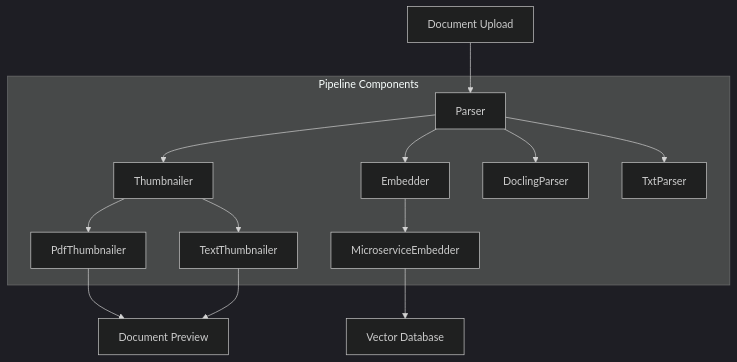
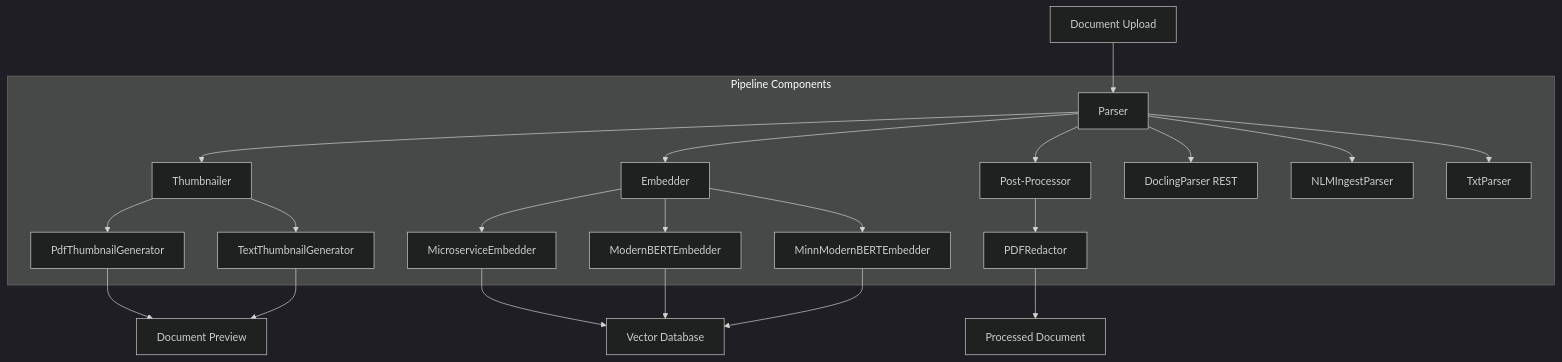
The diagram in docs/pipelines/pipeline_overview.md (baichuanping/OpenContracts), drawn with Mermaid (dark theme) before and after one commit. The commit also changed other lines of this file and 22 other files, not shown here.

````diff
--- a/docs/pipelines/pipeline_overview.md
+++ b/docs/pipelines/pipeline_overview.md
@@ -15,20 +15,29 @@
 ```mermaid
 graph TD
     A[Document Upload] --> B[Parser]
     B --> C[Thumbnailer]
     B --> D[Embedder]
+    B --> PP[Post-Processor]
 
     subgraph "Pipeline Components"
-        B --> B1[DoclingParser]
+        B --> B1[DoclingParser REST]
+        B --> B2[NLMIngestParser]
         B --> B3[TxtParser]
 
-        C --> C1[PdfThumbnailer]
-        C --> C2[TextThumbnailer]
+        C --> C1[PdfThumbnailGenerator]
+        C --> C2[TextThumbnailGenerator]
 
         D --> D1[MicroserviceEmbedder]
+        D --> D2[ModernBERTEmbedder]
+        D --> D3[MinnModernBERTEmbedder]
+
+        PP --> PP1[PDFRedactor]
     end
 
     C1 --> E[Document Preview]
     C2 --> E
     D1 --> F[Vector Database]
+    D2 --> F
+    D3 --> F
+    PP1 --> G[Processed Document]
 ```
````
